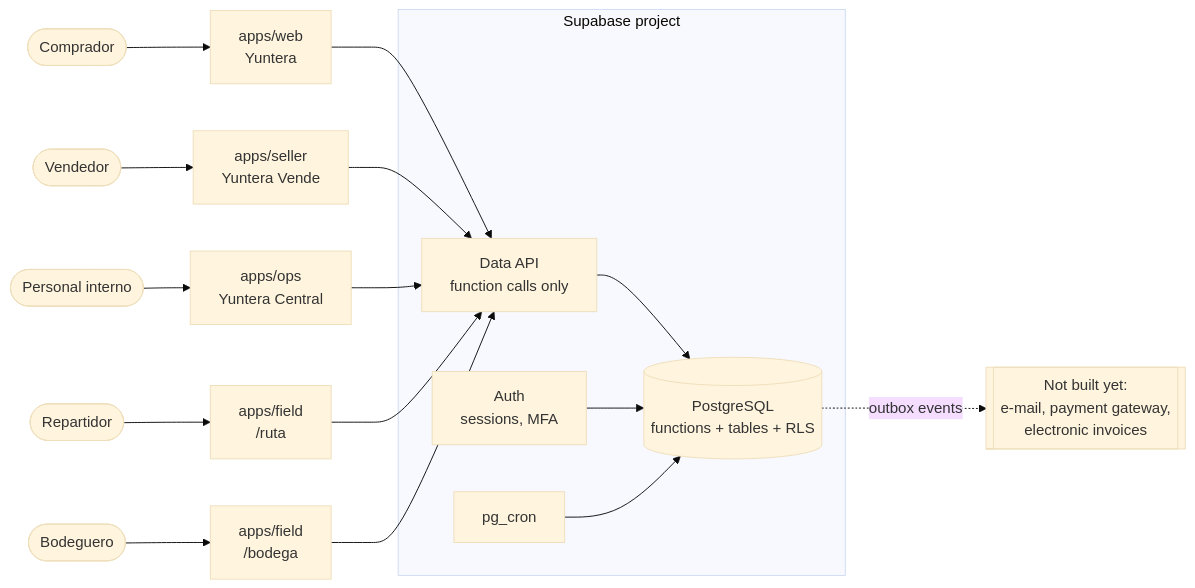
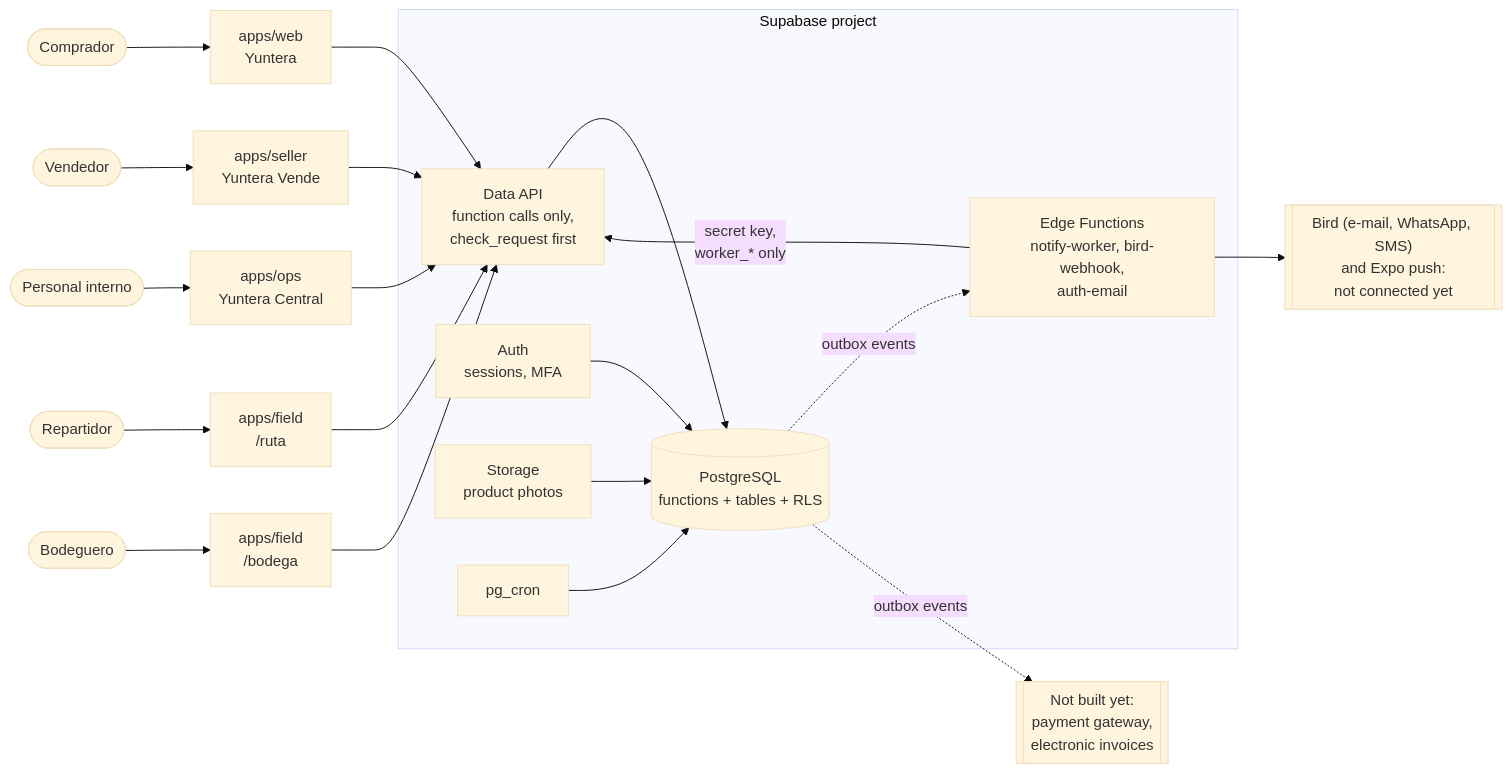
The first of 2 diagrams in docs/02-architecture/overview.md (raea07/amazon-tiquicia), drawn with Mermaid (base theme) before and after one commit. The commit also changed other lines of this file and 10 other files, not shown here.

````diff
--- a/docs/02-architecture/overview.md
+++ b/docs/02-architecture/overview.md
@@ -18,22 +18,26 @@
 ```mermaid
 flowchart LR
   shopper([Comprador]) --> web["apps/web<br/>Yuntera"]
   seller([Vendedor]) --> vende["apps/seller<br/>Yuntera Vende"]
   staff([Personal interno]) --> central["apps/ops<br/>Yuntera Central"]
   driver([Repartidor]) --> field["apps/field<br/>/ruta"]
   picker([Bodeguero]) --> field2["apps/field<br/>/bodega"]
 
   web --> api
   vende --> api
   central --> api
   field --> api
   field2 --> api
 
   subgraph supabase [Supabase project]
-    api["Data API<br/>function calls only"] --> db[("PostgreSQL<br/>functions + tables + RLS")]
+    api["Data API<br/>function calls only,<br/>check_request first"] --> db[("PostgreSQL<br/>functions + tables + RLS")]
     auth["Auth<br/>sessions, MFA"] --> db
+    storage["Storage<br/>product photos"] --> db
     cron[pg_cron] --> db
+    fn["Edge Functions<br/>notify-worker, bird-webhook,<br/>auth-email"] -- "secret key,<br/>worker_* only" --> api
   end
 
-  db -. outbox events .-> later[["Not built yet:<br/>e-mail, payment gateway,<br/>electronic invoices"]]
+  db -. outbox events .-> fn
+  fn --> bird[["Bird (e-mail, WhatsApp, SMS)<br/>and Expo push:<br/>not connected yet"]]
+  db -. outbox events .-> later[["Not built yet:<br/>payment gateway,<br/>electronic invoices"]]
 ```
````
